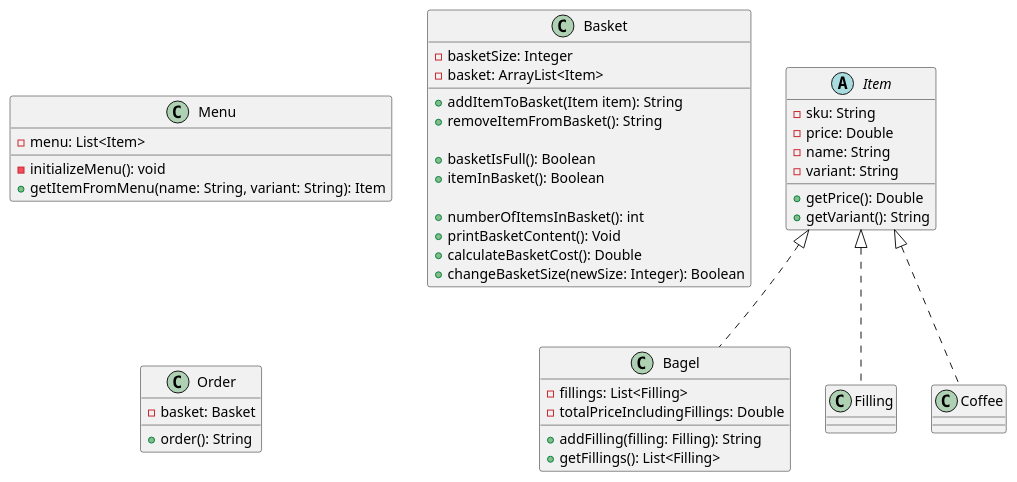
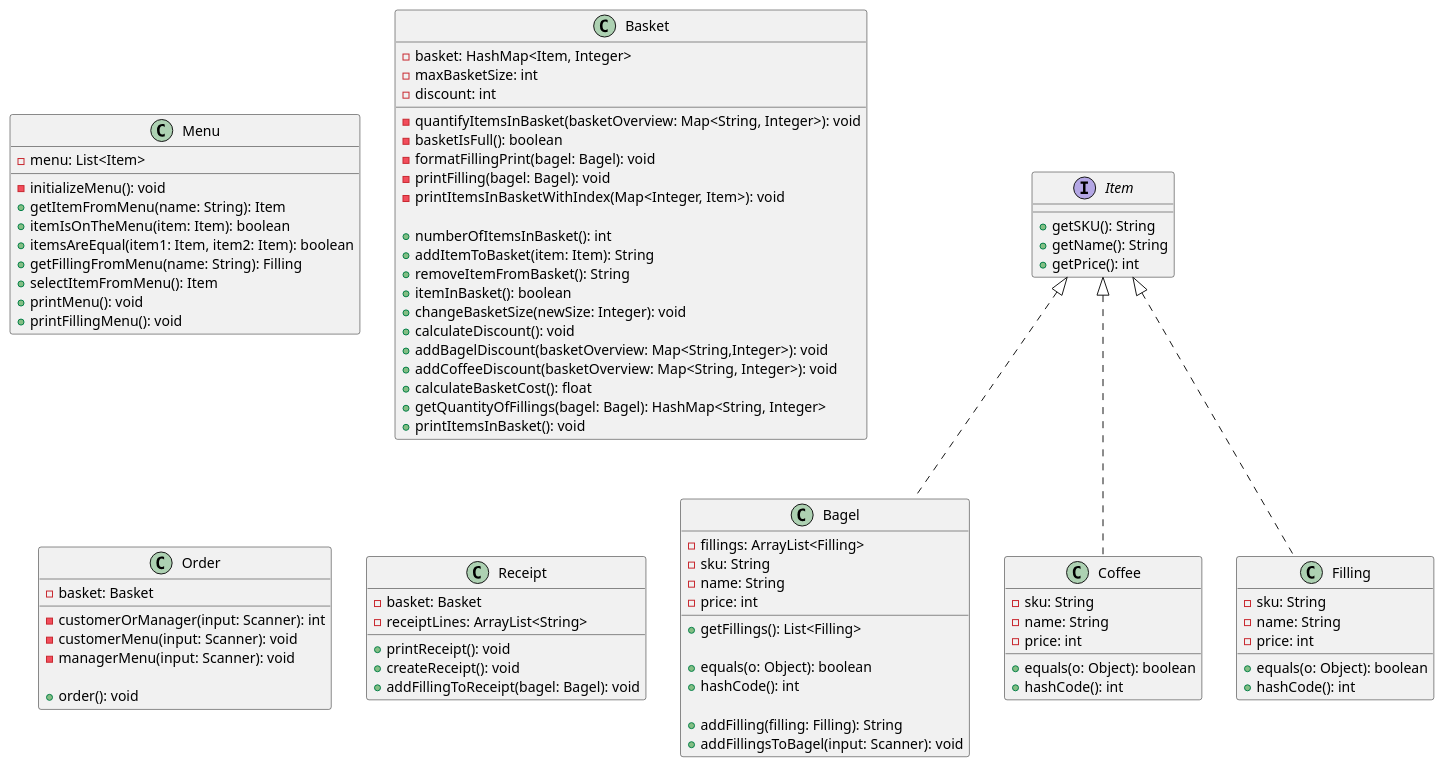
Before and after one commit to boolean-uk/java-tdd-oop-bobs-bagels: the diagram in classDiagram.puml, drawn with PlantUML. The commit also changed 4 other files, not shown here.

Commit message:
Slight refactoring, and updating of domain model and class diagram.

```diff
--- a/classDiagram.puml
+++ b/classDiagram.puml
@@ -1,55 +1,102 @@
 @startuml
 
 Class Menu {
     - menu: List<Item>
     - initializeMenu(): void
-    + getItemFromMenu(name: String, variant: String): Item
+    + getItemFromMenu(name: String): Item
+    + itemIsOnTheMenu(item: Item): boolean
+    + itemsAreEqual(item1: Item, item2: Item): boolean
+    + getFillingFromMenu(name: String): Filling
+    + selectItemFromMenu(): Item
+    + printMenu(): void
+    + printFillingMenu(): void
 }
 
 Class Basket {
-    - basketSize: Integer
-    - basket: ArrayList<Item>
+    - basket: HashMap<Item, Integer>
+    - maxBasketSize: int
+    - discount: int
 
-    + addItemToBasket(Item item): String
-    + removeItemFromBasket(): String
-
-    + basketIsFull(): Boolean
-    + itemInBasket(): Boolean
+    - quantifyItemsInBasket(basketOverview: Map<String, Integer>): void
+    - basketIsFull(): boolean
+    - formatFillingPrint(bagel: Bagel): void
+    - printFilling(bagel: Bagel): void
+    - printItemsInBasketWithIndex(Map<Integer, Item>): void
 
     + numberOfItemsInBasket(): int
-    + printBasketContent(): Void
-    + calculateBasketCost(): Double
-    + changeBasketSize(newSize: Integer): Boolean
+    + addItemToBasket(item: Item): String
+    + removeItemFromBasket(): String
+    + itemInBasket(): boolean
+    + changeBasketSize(newSize: Integer): void
+    + calculateDiscount(): void
+    + addBagelDiscount(basketOverview: Map<String,Integer>): void
+    + addCoffeeDiscount(basketOverview: Map<String, Integer>): void
+    + calculateBasketCost(): float
+    + getQuantityOfFillings(bagel: Bagel): HashMap<String, Integer>
+    + printItemsInBasket(): void
+
 }
 
-Abstract Class Item {
-    - sku: String
-    - price: Double
-    - name: String
-    - variant: String
-
-    + getPrice(): Double
-    + getVariant(): String
+Interface Item {
+    + getSKU(): String
+    + getName(): String
+    + getPrice(): int
 }
 
 Class Bagel Implements Item {
-    - fillings: List<Filling>
-    - totalPriceIncludingFillings: Double
+    - fillings: ArrayList<Filling>
+    - sku: String
+    - name: String
+    - price: int
+
+    + getFillings(): List<Filling>
+
+    + equals(o: Object): boolean
+    + hashCode(): int
+
     + addFilling(filling: Filling): String
-    + getFillings(): List<Filling>
-}
-
-Class Filling Implements Item {
+    + addFillingsToBagel(input: Scanner): void
 }
 
 Class Coffee Implements Item {
+    - sku: String
+    - name: String
+    - price: int
+
+    + equals(o: Object): boolean
+    + hashCode(): int
 }
+
+
+Class Filling Implements Item {
+    - sku: String
+    - name: String
+    - price: int
+
+    + equals(o: Object): boolean
+    + hashCode(): int
+}
+
 
 Class Order {
     - basket: Basket
-    + order(): String
+
+    - customerOrManager(input: Scanner): int
+    - customerMenu(input: Scanner): void
+    - managerMenu(input: Scanner): void
+
+    + order(): void
+}
+
+Class Receipt {
+    - basket: Basket
+    - receiptLines: ArrayList<String>
+
+    + printReceipt(): void
+    + createReceipt(): void
+    + addFillingToReceipt(bagel: Bagel): void
 }
 
 
 
 @enduml
```
